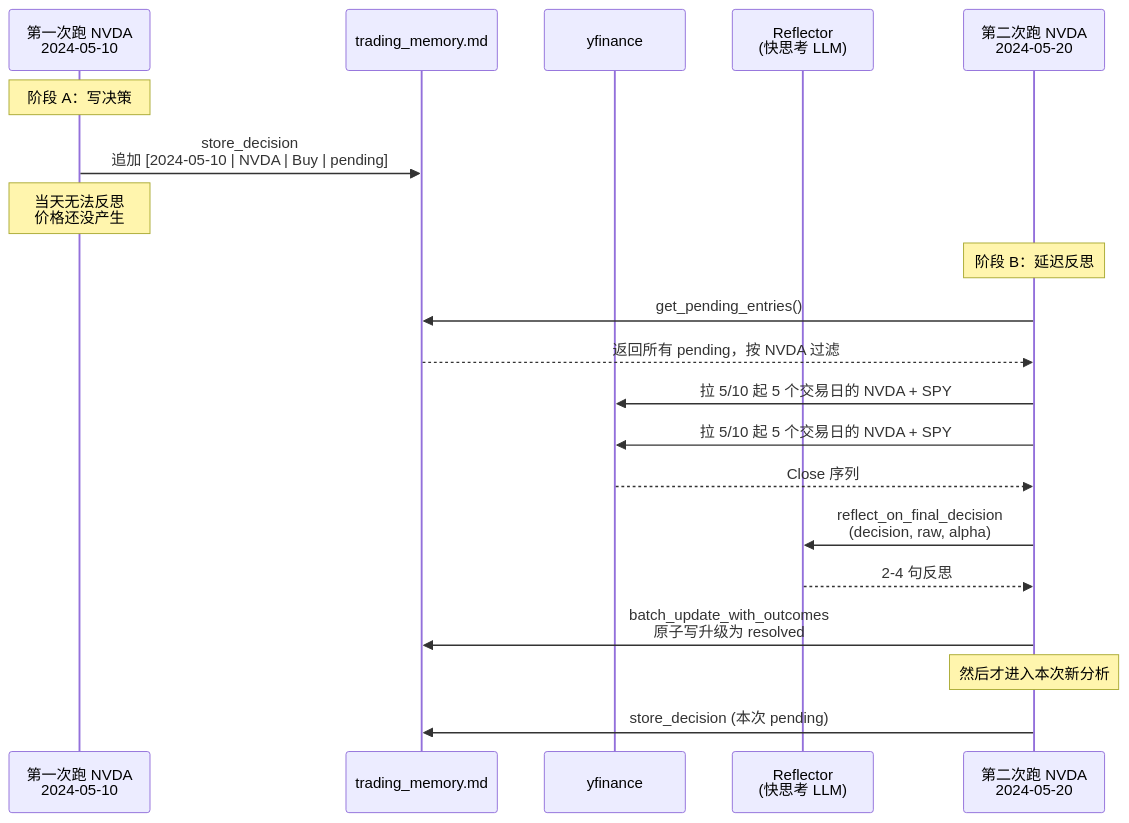
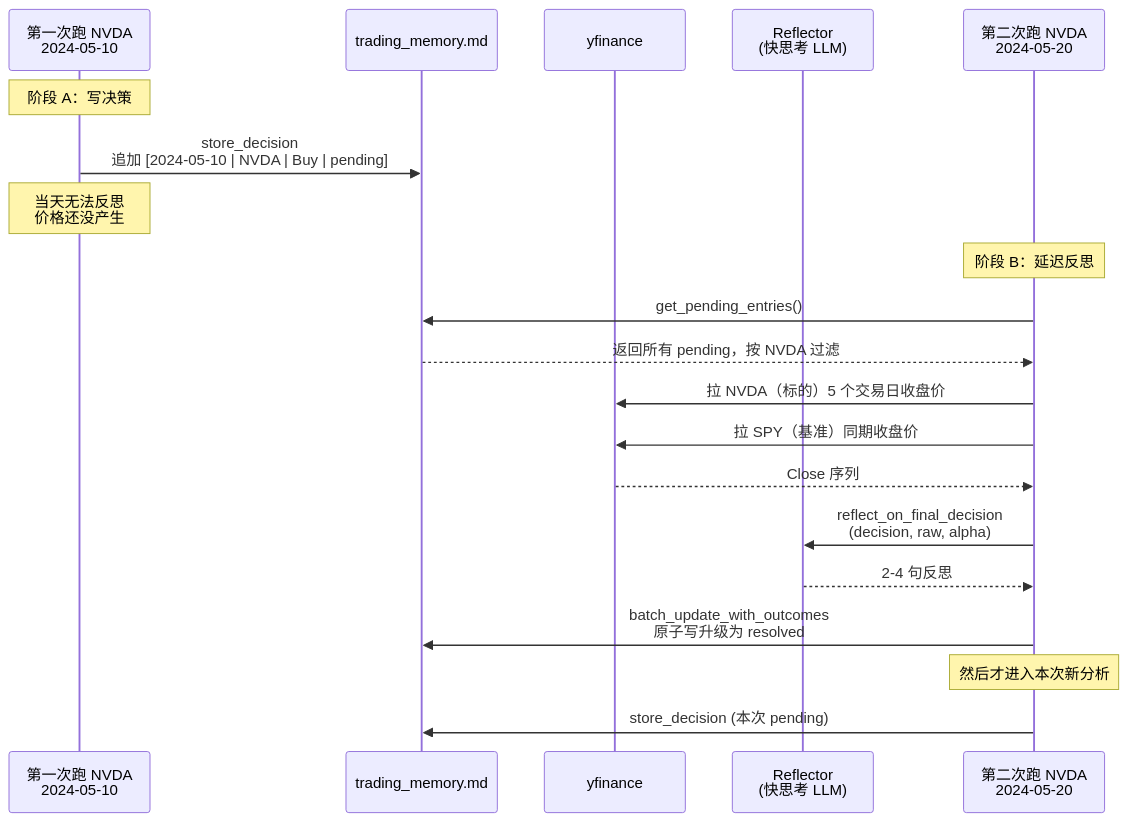
Before and after one commit to A1pha3/TradingAgents: the first of 2 diagrams in docs/cn/06-internals/memory-system.md, drawn with Mermaid. The commit also changed 11 other files, not shown here.

````diff
--- a/docs/cn/06-internals/memory-system.md
+++ b/docs/cn/06-internals/memory-system.md
@@ -23,24 +23,24 @@
 ```mermaid
 sequenceDiagram
     participant Run1 as 第一次跑 NVDA<br/>2024-05-10
     participant Log as trading_memory.md
     participant YF as yfinance
     participant Refl as Reflector<br/>(快思考 LLM)
     participant Run2 as 第二次跑 NVDA<br/>2024-05-20
 
     Note over Run1: 阶段 A：写决策
     Run1->>Log: store_decision<br/>追加 [2024-05-10 | NVDA | Buy | pending]
     Note over Run1: 当天无法反思<br/>价格还没产生
 
     Note over Run2: 阶段 B：延迟反思
     Run2->>Log: get_pending_entries()
     Log-->>Run2: 返回所有 pending，按 NVDA 过滤
-    Run2->>YF: 拉 5/10 起 5 个交易日的 NVDA + SPY
-    Run2->>YF: 拉 5/10 起 5 个交易日的 NVDA + SPY
+    Run2->>YF: 拉 NVDA（标的）5 个交易日收盘价
+    Run2->>YF: 拉 SPY（基准）同期收盘价
     YF-->>Run2: Close 序列
     Run2->>Refl: reflect_on_final_decision<br/>(decision, raw, alpha)
     Refl-->>Run2: 2-4 句反思
     Run2->>Log: batch_update_with_outcomes<br/>原子写升级为 resolved
     Note over Run2: 然后才进入本次新分析
     Run2->>Log: store_decision (本次 pending)
 ```
````
